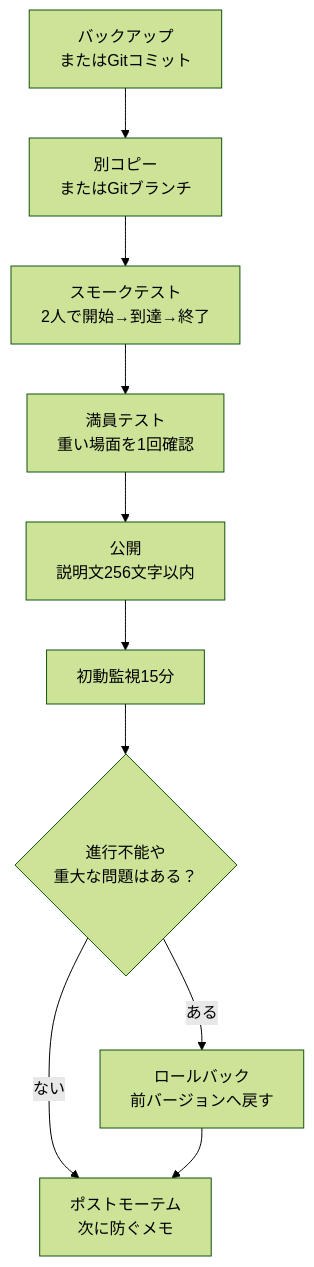
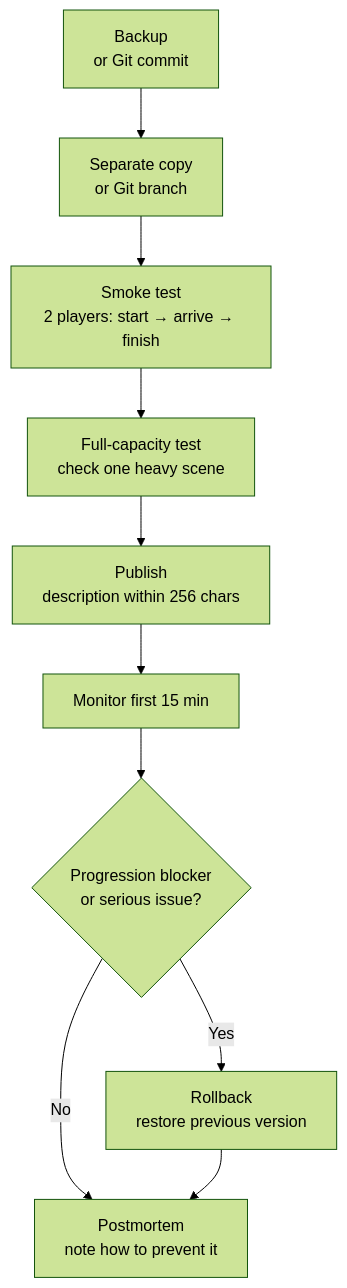
The diagram in content/locales/en/chapters/9-server.md (link1345/bf-portal-book), drawn with Mermaid (forest theme) before and after one commit. The commit also changed other lines of this file and 2 other files, not shown here.

````diff
--- a/content/locales/en/chapters/9-server.md
+++ b/content/locales/en/chapters/9-server.md
@@ -103,16 +103,16 @@
 ```mermaid
 flowchart TD
-  backup["バックアップ<br/>またはGitコミット"]
-  branch["別コピー<br/>またはGitブランチ"]
-  smoke["スモークテスト<br/>2人で開始→到達→終了"]
-  load["満員テスト<br/>重い場面を1回確認"]
-  publish["公開<br/>説明文256文字以内"]
-  watch["初動監視15分"]
-  issue{"進行不能や<br/>重大な問題はある？"}
-  rollback["ロールバック<br/>前バージョンへ戻す"]
-  memo["ポストモーテム<br/>次に防ぐメモ"]
+  backup["Backup<br/>or Git commit"]
+  branch["Separate copy<br/>or Git branch"]
+  smoke["Smoke test<br/>2 players: start → arrive → finish"]
+  load["Full-capacity test<br/>check one heavy scene"]
+  publish["Publish<br/>description within 256 chars"]
+  watch["Monitor first 15 min"]
+  issue{"Progression blocker<br/>or serious issue?"}
+  rollback["Rollback<br/>restore previous version"]
+  memo["Postmortem<br/>note how to prevent it"]
 
   backup --> branch --> smoke --> load --> publish --> watch --> issue
-  issue -- "ない" --> memo
-  issue -- "ある" --> rollback --> memo
+  issue -- "No" --> memo
+  issue -- "Yes" --> rollback --> memo
 ```
````
